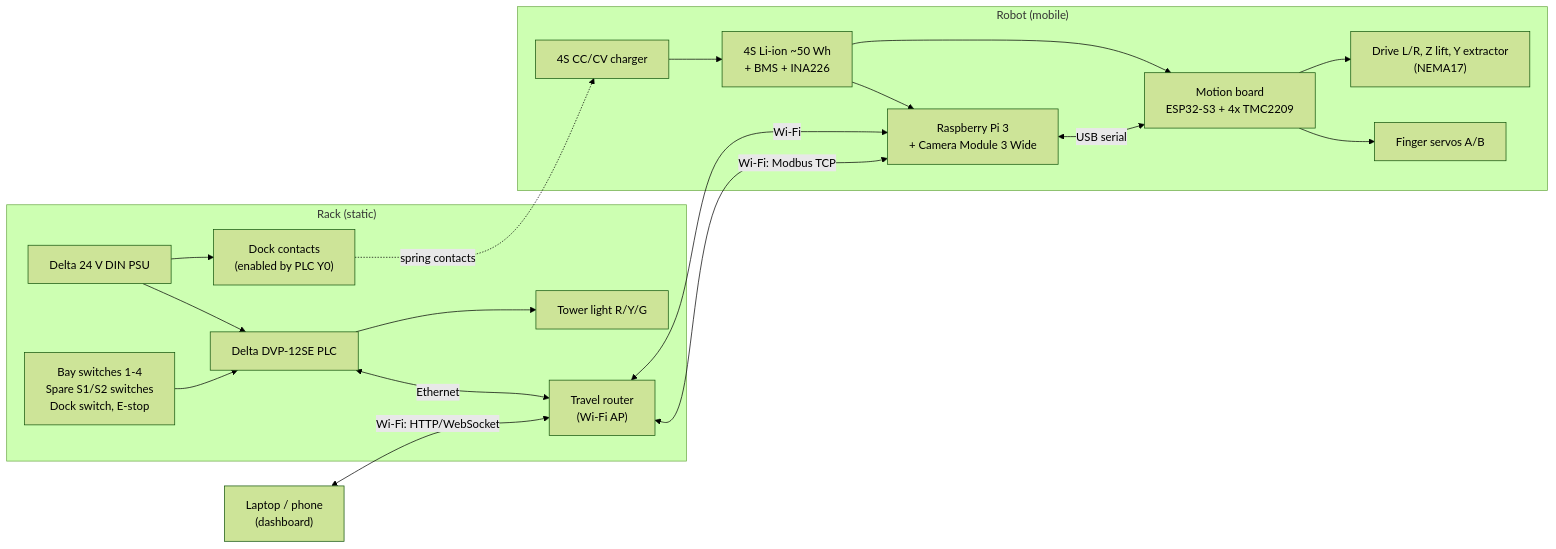
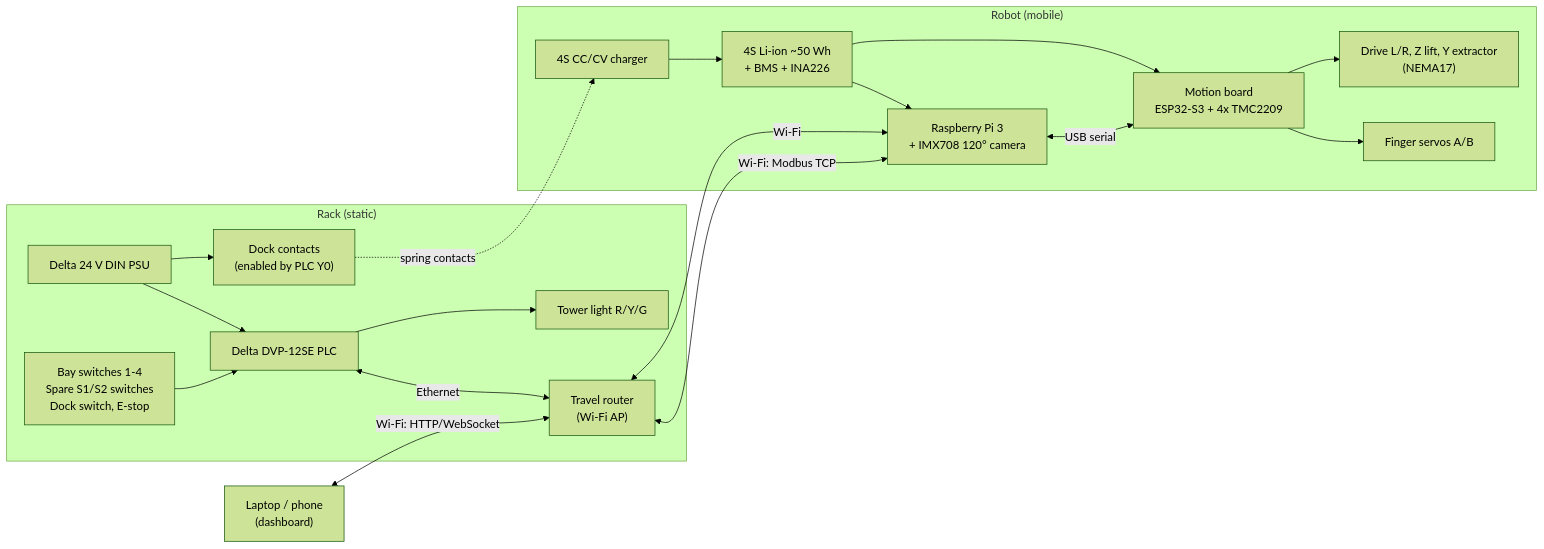
One commit to freethought101/RackBotGen3 changed the diagram in docs/spec/00-overview.md. Above: the diagram before and after it, drawn with Mermaid (forest theme). The commit also changed other lines of this file and 6 other files, not shown here.

First line of the commit message:
Switch the camera to a local IMX708 120° board (spec v0.1.11)

````diff
--- a/docs/spec/00-overview.md
+++ b/docs/spec/00-overview.md
@@ -93,22 +93,22 @@
 ```mermaid
 flowchart LR
   subgraph RACK["Rack (static)"]
     PSU["Delta 24 V DIN PSU"] --> PLC["Delta DVP-12SE PLC"]
     PSU --> DOCK["Dock contacts\n(enabled by PLC Y0)"]
     SW["Bay switches 1-4\nSpare S1/S2 switches\nDock switch, E-stop"] --> PLC
     PLC --> LAMP["Tower light R/Y/G"]
     PLC <-- Ethernet --> RTR["Travel router\n(Wi-Fi AP)"]
   end
   subgraph ROBOT["Robot (mobile)"]
     BAT["4S Li-ion ~50 Wh\n+ BMS + INA226"] --> MB["Motion board\nESP32-S3 + 4x TMC2209"]
-    BAT --> PI["Raspberry Pi 3\n+ Camera Module 3 Wide"]
+    BAT --> PI["Raspberry Pi 3\n+ IMX708 120° camera"]
     PI <-- USB serial --> MB
     MB --> MOT["Drive L/R, Z lift, Y extractor\n(NEMA17)"]
     MB --> SRV["Finger servos A/B"]
     CHG["4S CC/CV charger"] --> BAT
   end
   DOCK -. spring contacts .-> CHG
   PI <-- Wi-Fi: Modbus TCP --> RTR
   LAPTOP["Laptop / phone\n(dashboard)"] <-- Wi-Fi: HTTP/WebSocket --> RTR
   RTR <-- Wi-Fi --> PI
 ```
````
